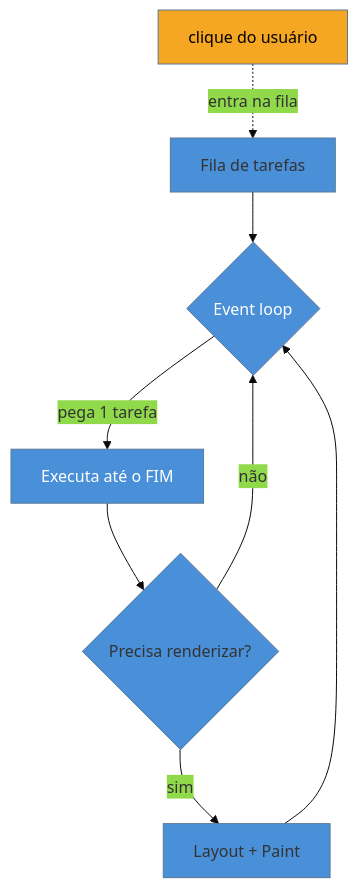
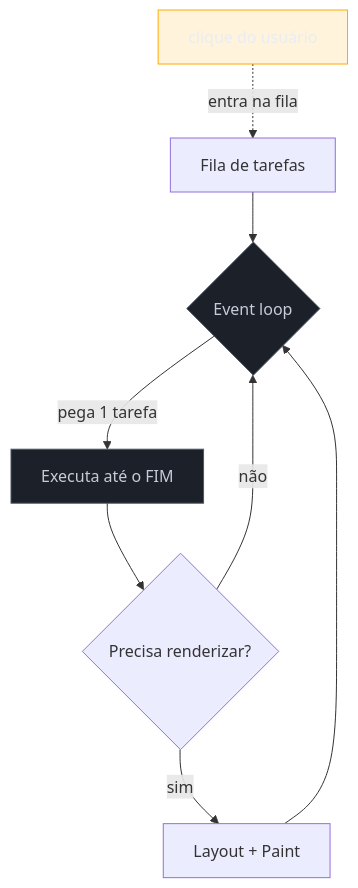
One commit to josenaldo/codex-technomanticus changed the diagram in 03-Dominios/Tecnologia/Web Performance/Performance de Runtime e Rendering/01 - A thread principal e o event loop.md. Above: the diagram before and after it, drawn with Mermaid. The commit also changed 1181 other files, not shown here.

First line of the commit message:
fix(diagramas): paleta do sistema no lugar de cor cravada no markdown

````diff
--- a/03-Dominios/Tecnologia/Web Performance/Performance de Runtime e Rendering/01 - A thread principal e o event loop.md
+++ b/03-Dominios/Tecnologia/Web Performance/Performance de Runtime e Rendering/01 - A thread principal e o event loop.md
@@ -38,14 +38,15 @@
 ```mermaid
-%%{init: {"theme": "base", "themeVariables": {"primaryColor": "#4A90D9"}}}%%
 graph TB
+    classDef neutro fill:#1B2029,stroke:#4E5666,color:#C6CCD8
+    classDef destaque fill:#FFAA0024,stroke:#FFAA00,color:#E9ECF2
     Q["Fila de tarefas"] --> L{Event loop}
     L -->|pega 1 tarefa| T[Executa até o FIM]
     T --> R{Precisa renderizar?}
     R -->|sim| P[Layout + Paint]
     R -->|não| L
     P --> L
     C["clique do usuário"] -.entra na fila.-> Q
-    style L fill:#4A90D9,color:#fff
-    style T fill:#4A90D9,color:#fff
-    style C fill:#F5A623,color:#000
+    class L neutro
+    class T neutro
+    class C destaque
 ```
````
